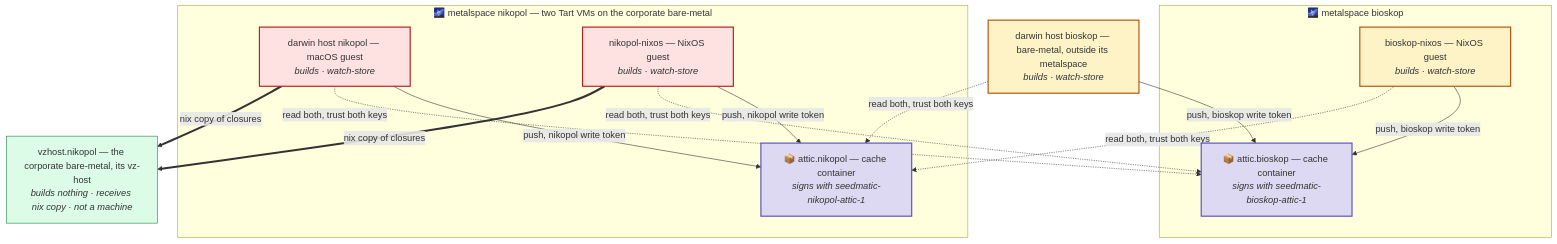
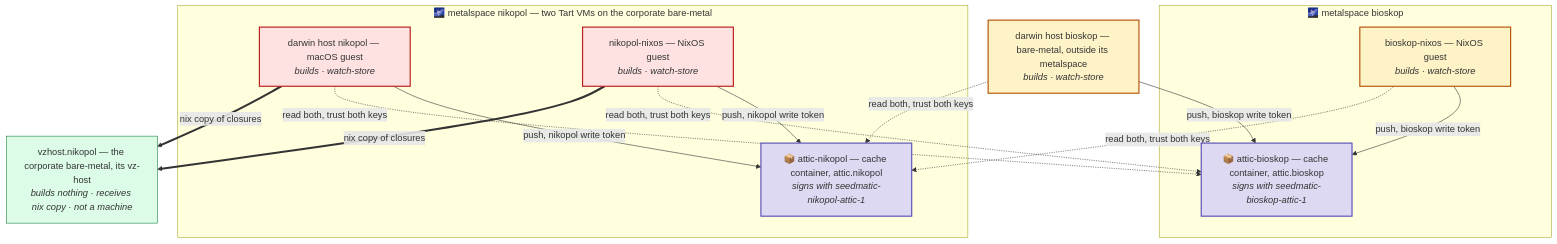
The second of 15 diagrams in docs/private-binary-cache-spec.adoc (seedmatic/ndh), drawn with Mermaid before and after one commit. The commit also changed other lines of this file, not shown here.

First line of the commit message:
docs(private-cache): the spec states the measured state, figure first, and no history

```diff
--- a/docs/private-binary-cache-spec.adoc
+++ b/docs/private-binary-cache-spec.adoc
@@ -134,27 +169,27 @@
 [mermaid]
 ....
 flowchart TB
   dbio["darwin host bioskop — bare-metal, outside its metalspace<br/><i>builds · watch-store</i>"]:::writer
   subgraph BIOSKOP["🌌 metalspace bioskop"]
     bnix["bioskop-nixos — NixOS guest<br/><i>builds · watch-store</i>"]:::writer
-    batt["📦 attic.bioskop — cache container<br/><i>signs with seedmatic-bioskop-attic-1</i>"]:::cache
+    batt["📦 attic-bioskop — cache container, attic.bioskop<br/><i>signs with seedmatic-bioskop-attic-1</i>"]:::cache
   end
   subgraph NIKOPOL["🌌 metalspace nikopol — two Tart VMs on the corporate bare-metal"]
     dnik["darwin host nikopol — macOS guest<br/><i>builds · watch-store</i>"]:::corpwriter
     nnix["nikopol-nixos — NixOS guest<br/><i>builds · watch-store</i>"]:::corpwriter
-    natt["📦 attic.nikopol — cache container<br/><i>signs with seedmatic-nikopol-attic-1</i>"]:::cache
+    natt["📦 attic-nikopol — cache container, attic.nikopol<br/><i>signs with seedmatic-nikopol-attic-1</i>"]:::cache
   end
   vz["vzhost.nikopol — the corporate bare-metal, its vz-host<br/><i>builds nothing · receives nix copy · not a machine</i>"]:::receiver
   dbio -->|"push, bioskop write token"| batt
   bnix -->|"push, bioskop write token"| batt
   dnik -->|"push, nikopol write token"| natt
   nnix -->|"push, nikopol write token"| natt
   dbio & bnix -.->|"read both, trust both keys"| natt
   dnik & nnix -.->|"read both, trust both keys"| batt
   dnik & nnix ==>|"nix copy of closures"| vz
 
   classDef writer fill:#fef3c7,stroke:#b45309,stroke-width:2px;
   classDef corpwriter fill:#fee2e2,stroke:#b91c1c,stroke-width:2px;
   classDef cache fill:#ddd9f2,stroke:#5b52b8,stroke-width:2px;
   classDef receiver fill:#dcfce7,stroke:#15803d;
 ....
```
